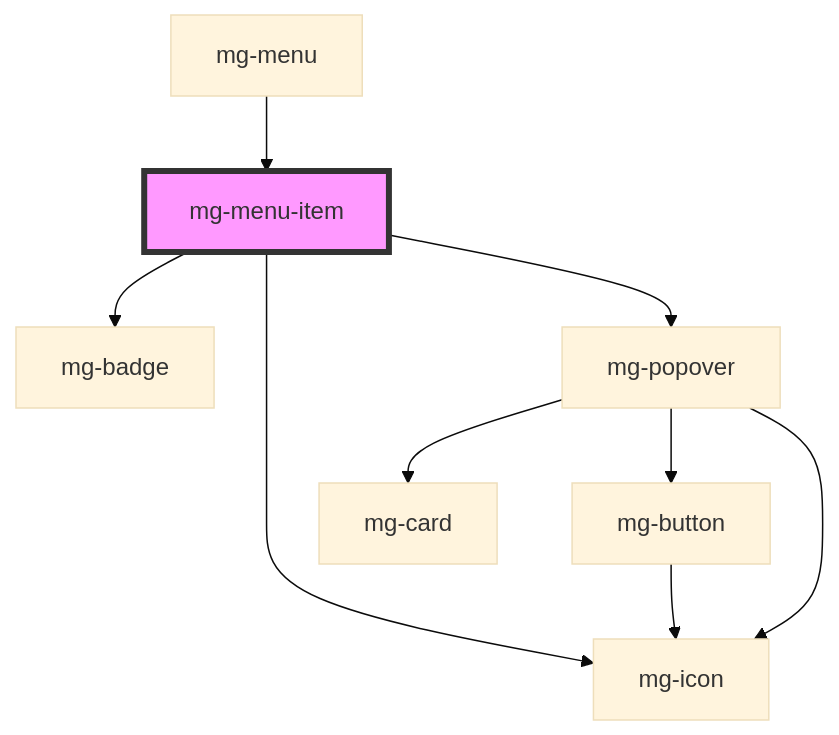
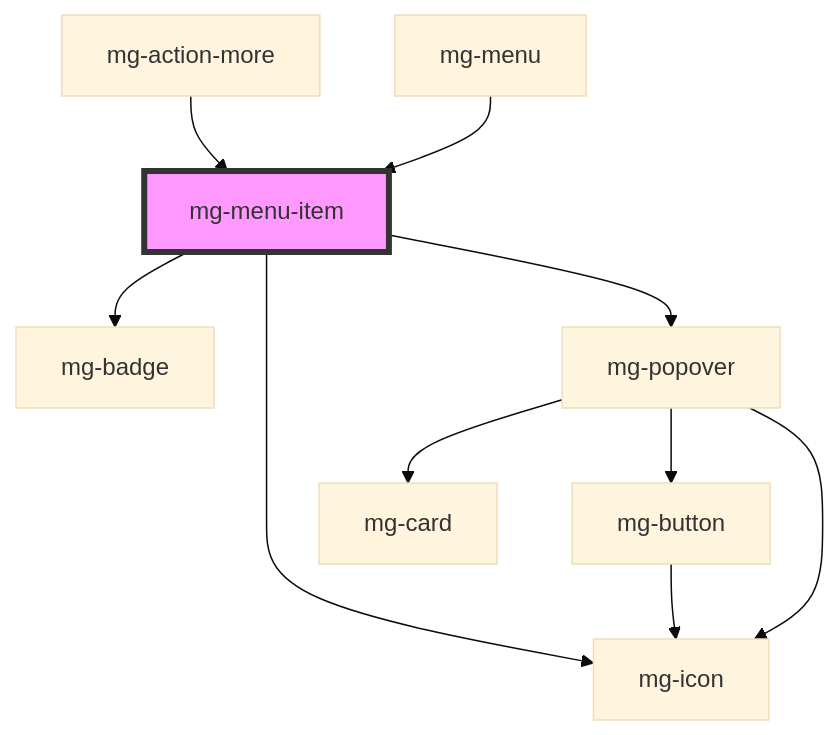
Before and after one commit to MGDIS/mg-components: the diagram in src/components/molecules/menu/mg-menu-item/readme.md, drawn with Mermaid (base theme). The commit also changed other lines of this file and 24 other files, not shown here.

First line of the commit message:
feat(mgActionMore): remove issue in changelog

````diff
--- a/src/components/molecules/menu/mg-menu-item/readme.md
+++ b/src/components/molecules/menu/mg-menu-item/readme.md
@@ -216,12 +217,13 @@
 ```mermaid
 graph TD;
   mg-menu-item --> mg-badge
   mg-menu-item --> mg-icon
   mg-menu-item --> mg-popover
   mg-popover --> mg-card
   mg-popover --> mg-button
   mg-popover --> mg-icon
   mg-button --> mg-icon
+  mg-action-more --> mg-menu-item
   mg-menu --> mg-menu-item
   style mg-menu-item fill:#f9f,stroke:#333,stroke-width:4px
 ```
````
